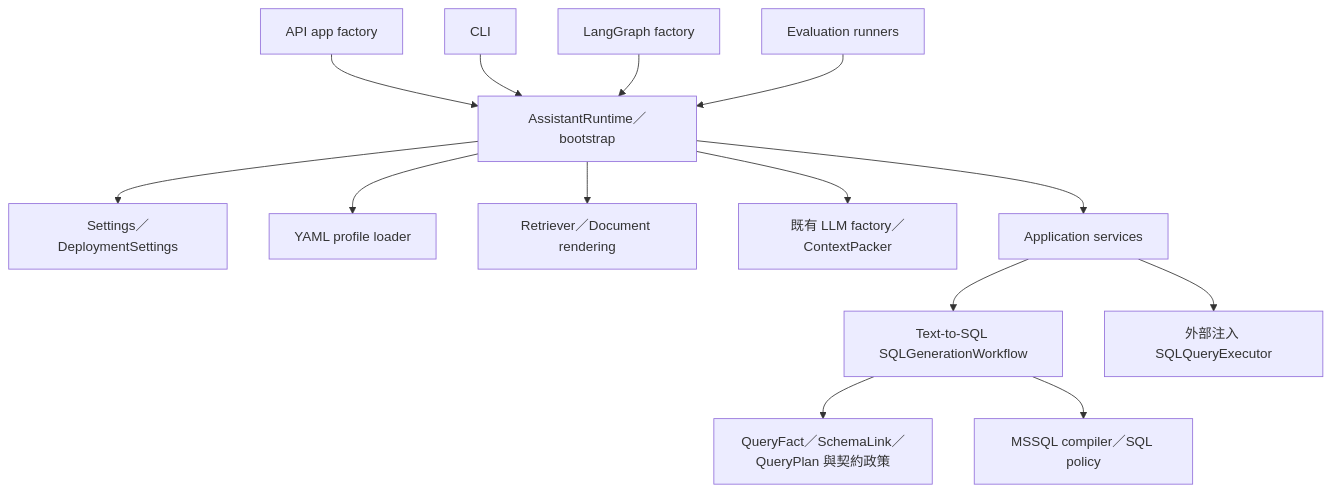
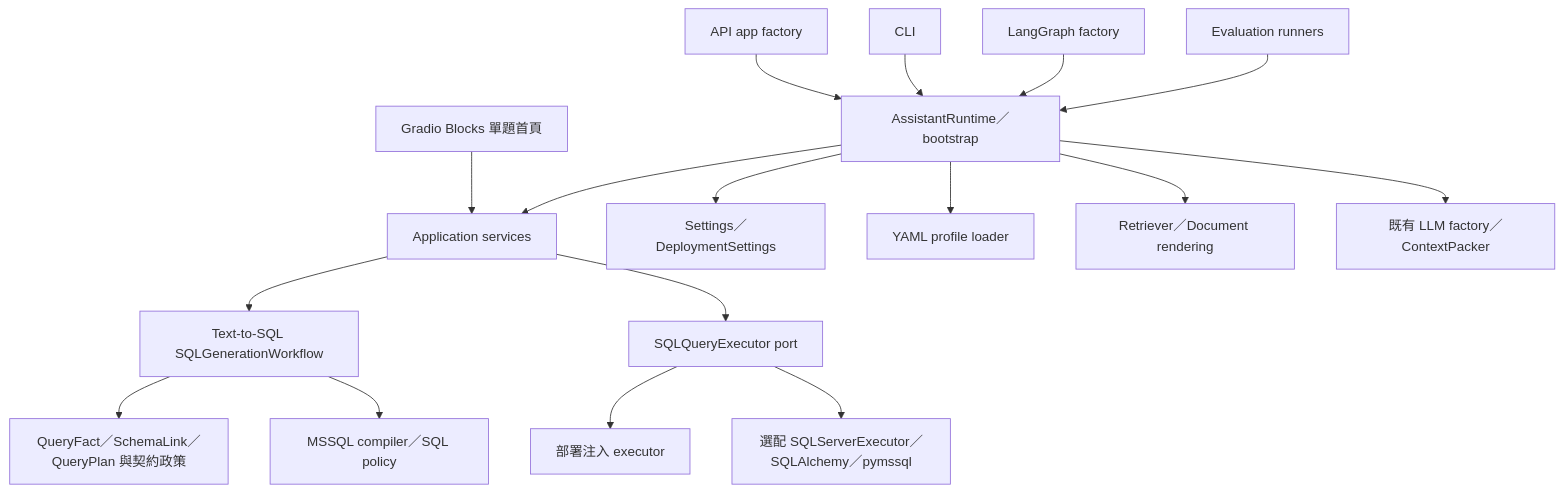
The diagram in docs/architecture.md (willy50414z/cpea), drawn with Mermaid before and after one commit. The commit also changed other lines of this file and 53 other files, not shown here.

````diff
--- a/docs/architecture.md
+++ b/docs/architecture.md
@@ -5,16 +5,19 @@
 ```mermaid
 flowchart TD
+    UI[Gradio Blocks 單題首頁] --> APP
     API[API app factory] --> B[AssistantRuntime／bootstrap]
     CLI[CLI] --> B
     GRAPH[LangGraph factory] --> B
     EVAL[Evaluation runners] --> B
     B --> CONF[Settings／DeploymentSettings]
     B --> CATALOG[YAML profile loader]
     B --> RET[Retriever／Document rendering]
     B --> LLM[既有 LLM factory／ContextPacker]
     B --> APP[Application services]
     APP --> W[Text-to-SQL SQLGenerationWorkflow]
     W --> P[QueryFact／SchemaLink／QueryPlan 與契約政策]
     W --> COMP[MSSQL compiler／SQL policy]
-    APP --> EXEC[外部注入 SQLQueryExecutor]
+    APP --> EXEC[SQLQueryExecutor port]
+    EXEC --> INJECT[部署注入 executor]
+    EXEC --> DB[選配 SQLServerExecutor／SQLAlchemy／pymssql]
 ```
````
